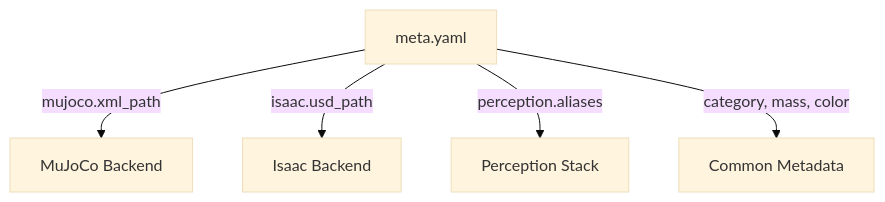
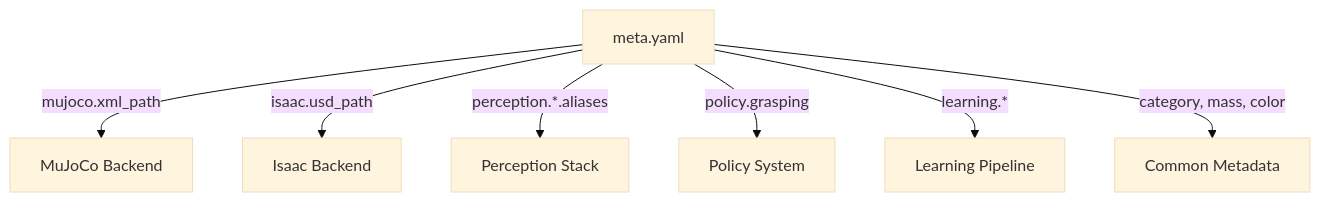
Before and after one commit to personalrobotics/asset_manager: the diagram in README.md, drawn with Mermaid (base theme). The commit also changed other lines of this file and 18 other files, not shown here.

````diff
--- a/README.md
+++ b/README.md
@@ -108,7 +172,9 @@
 ```mermaid
 graph TD
   A[meta.yaml] -->|mujoco.xml_path| B[MuJoCo Backend]
   A -->|isaac.usd_path| C[Isaac Backend]
-  A -->|perception.aliases| D[Perception Stack]
-  A -->|category, mass, color| E[Common Metadata]
+  A -->|perception.*.aliases| D[Perception Stack]
+  A -->|policy.grasping| E[Policy System]
+  A -->|learning.*| F[Learning Pipeline]
+  A -->|category, mass, color| G[Common Metadata]
 ```
````
